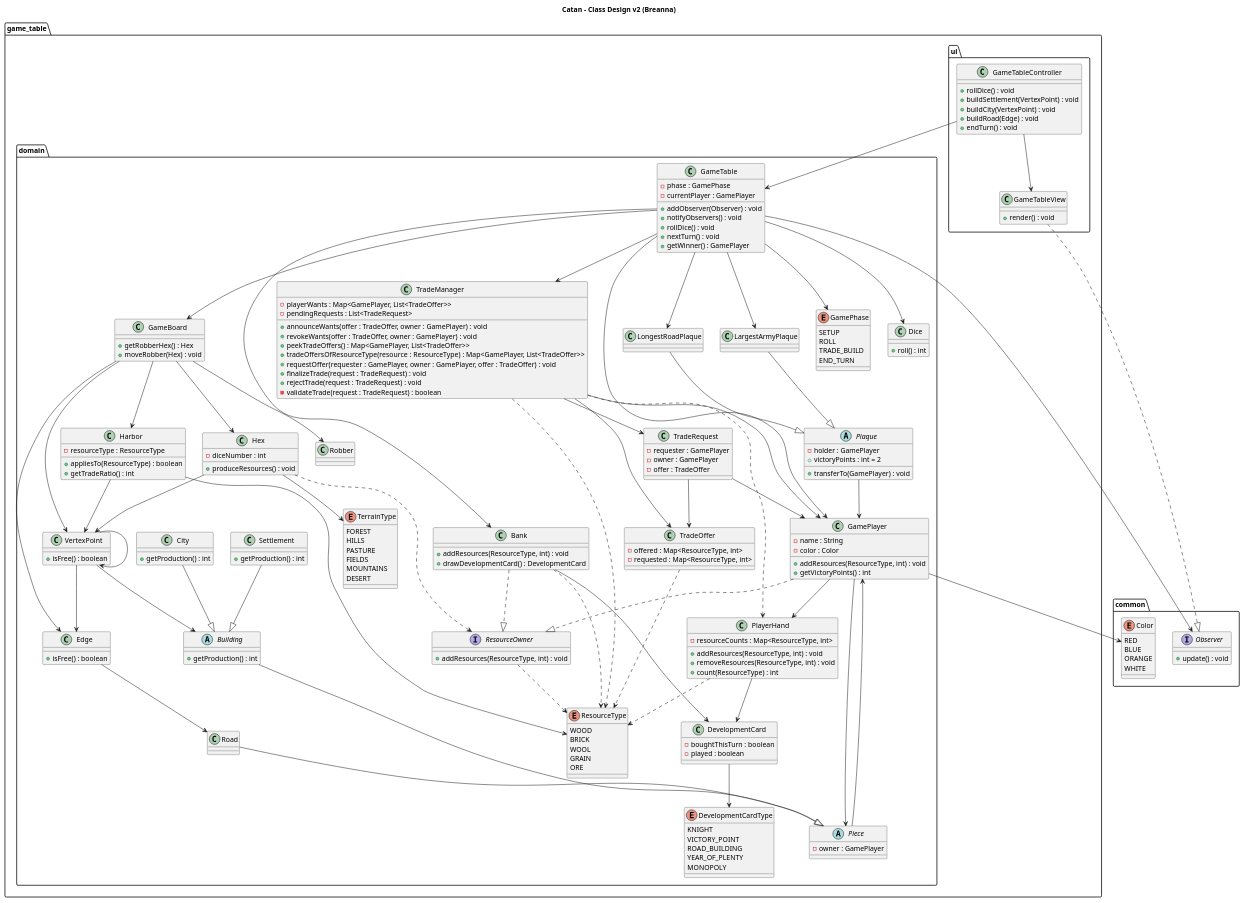
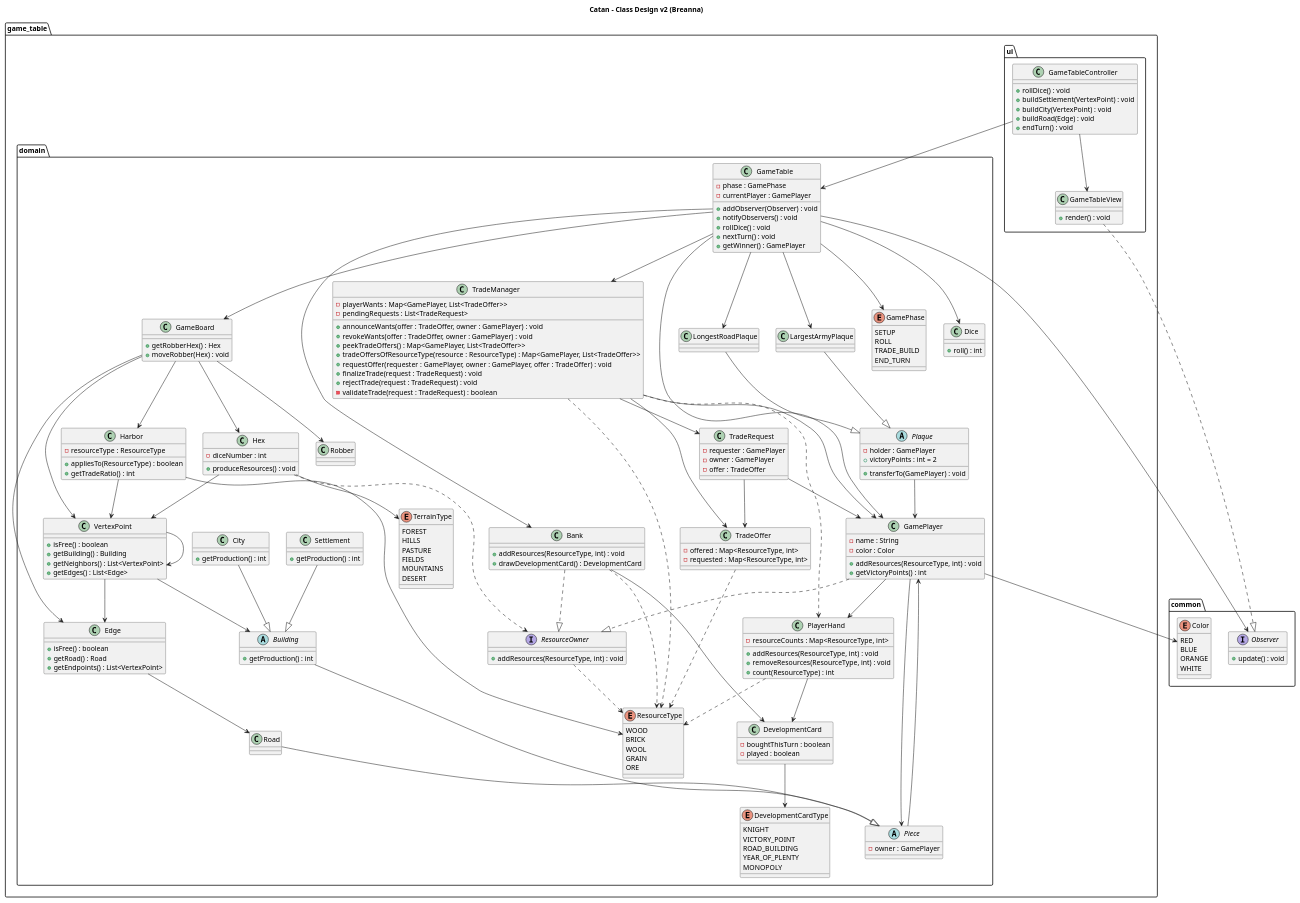
Before and after one commit to nu-cs-sqe/cs380-software-quality-engineering-20262701-course-project-group-5: the diagram in docs/design/game_table_breanna.puml, drawn with PlantUML.

Commit message:
revised VertexPoint and Edge classes to be more interconnected

```diff
--- a/docs/design/game_table_breanna.puml
+++ b/docs/design/game_table_breanna.puml
@@ -158,10 +158,15 @@
 
     class VertexPoint {
         +isFree() : boolean
+        +getBuilding() : Building
+        +getNeighbors() : List<VertexPoint>
+        +getEdges() : List<Edge>
     }
 
     class Edge {
         +isFree() : boolean
+        +getRoad() : Road
+        +getEndpoints() : List<VertexPoint>
     }
 
     class Harbor {
```
